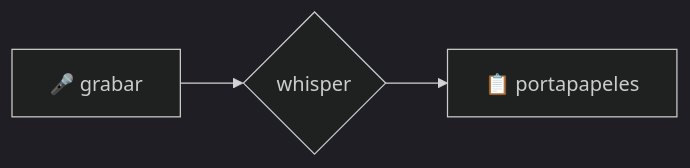
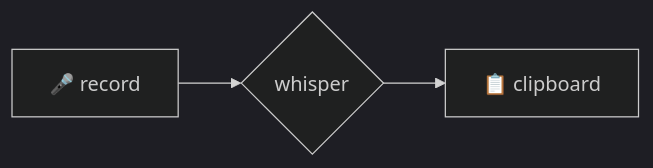
One commit to zarvent/v2m-lab changed the first of 2 diagrams in README.md. Above: the diagram before and after it, drawn with Mermaid (dark theme). The commit also changed other lines of this file and 44 other files, not shown here.

````diff
--- a/README.md
+++ b/README.md
@@ -52,5 +52,5 @@
 ```mermaid
 flowchart LR
-A[🎤 grabar] --> B{whisper}
-B --> C[📋 portapapeles]
+A[🎤 record] --> B{whisper}
+B --> C[📋 clipboard]
 ```
````
